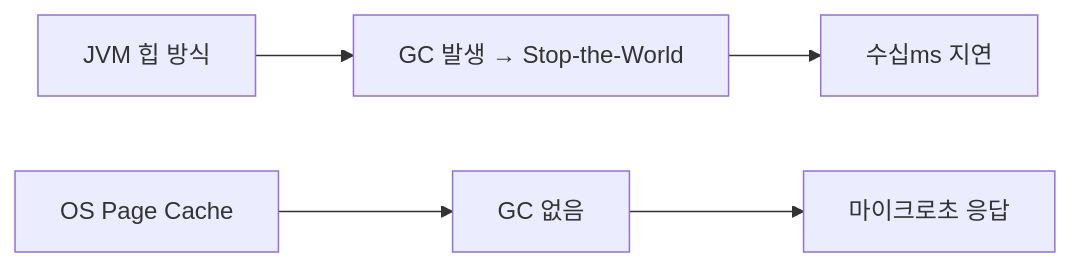
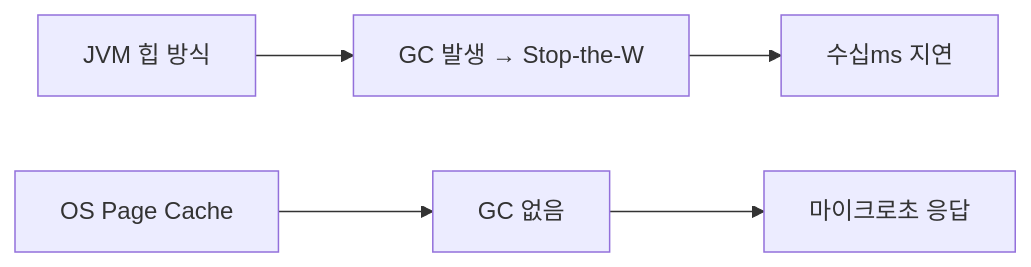
Before and after one commit to yjkim2015/yjkim2015.github.io: the second of 11 diagrams in _posts/kafka/2026-05-01-kafka-internals.md, drawn with Mermaid. The commit also changed other lines of this file and 245 other files, not shown here.

First line of the commit message:
Mermaid 다이어그램 전면 수정 + 면접 포인트 접기/펼치기 + DB 데드락 페이지

````diff
--- a/_posts/kafka/2026-05-01-kafka-internals.md
+++ b/_posts/kafka/2026-05-01-kafka-internals.md
@@ -191,7 +191,7 @@
 ```mermaid
 graph LR
-    JVM["JVM 힙 방식"] --> GC["GC 발생 → Stop-the-World"]
+    JVM["JVM 힙 방식"] --> GC["GC 발생 → Stop-the-W"]
     GC --> LAT["수십ms 지연"]
     OS["OS Page Cache"] --> NOGC["GC 없음"]
     NOGC --> FAST["마이크로초 응답"]
 ```
````
